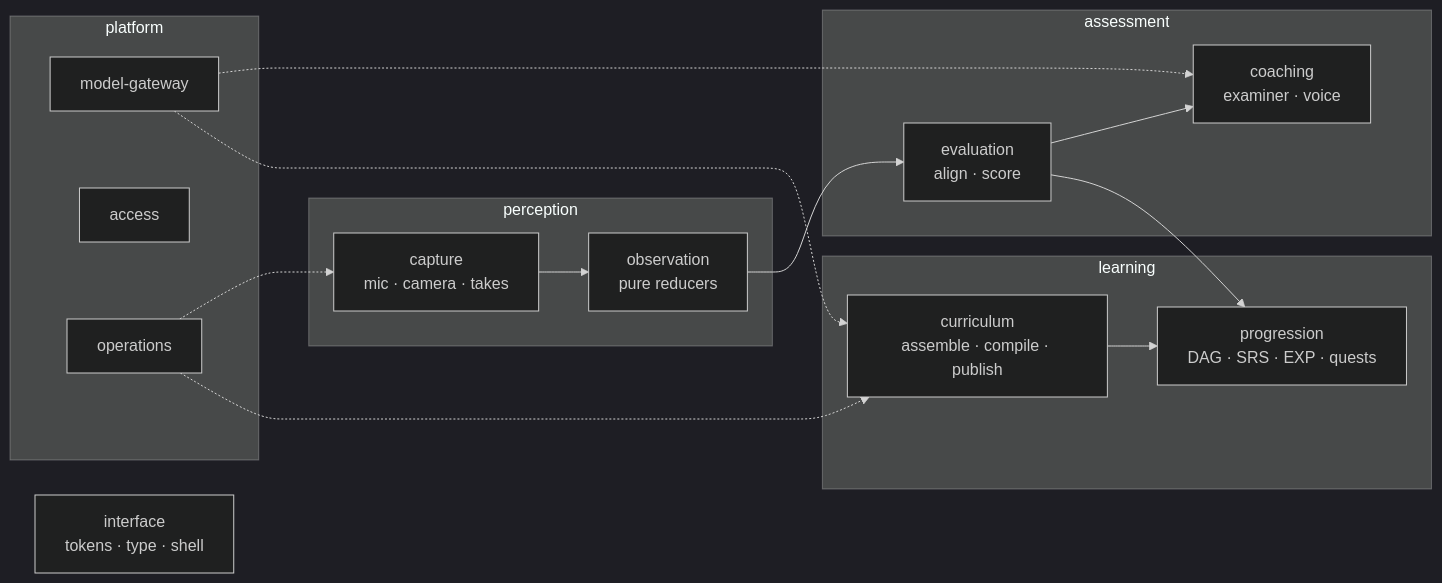
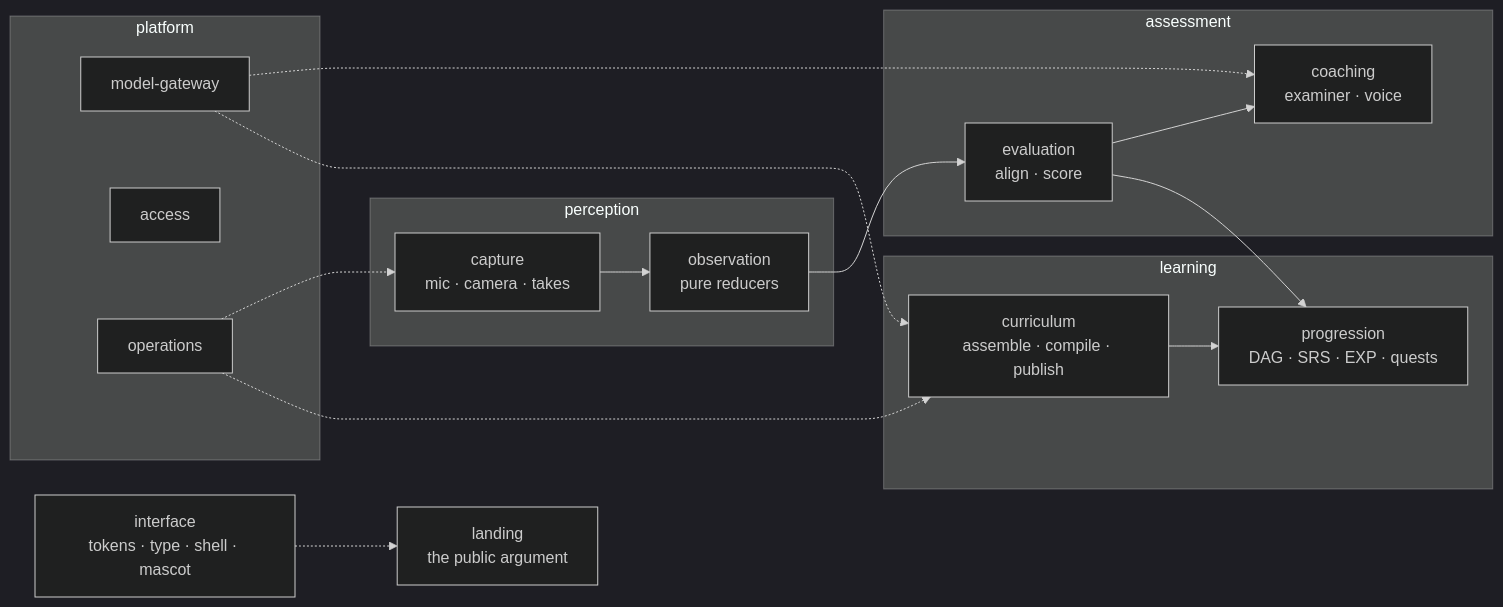
Before and after one commit to sai3000pro/ScaleUp: the diagram in docs/high-level-design.md, drawn with Mermaid (dark theme). The commit also changed other lines of this file and 47 other files, not shown here.

First line of the commit message:
Give the product a public face, and a mascot to carry it

````diff
--- a/docs/high-level-design.md
+++ b/docs/high-level-design.md
@@ -160,24 +166,26 @@
 ```mermaid
 flowchart LR
   subgraph perception
     CAP[capture<br/>mic · camera · takes] --> OBS[observation<br/>pure reducers]
   end
   subgraph assessment
     OBS --> EVAL[evaluation<br/>align · score]
     EVAL --> COACH[coaching<br/>examiner · voice]
   end
   subgraph learning
     EVAL --> PROG[progression<br/>DAG · SRS · EXP · quests]
     CURR[curriculum<br/>assemble · compile · publish] --> PROG
   end
   subgraph platform
     LLM[model-gateway]
     ACC[access]
     OPS[operations]
   end
-  UI[interface<br/>tokens · type · shell]
+  UI[interface<br/>tokens · type · shell · mascot]
+  LAND[landing<br/>the public argument]
   LLM -.-> COACH
   LLM -.-> CURR
   OPS -.-> CAP
   OPS -.-> CURR
+  UI -.-> LAND
 ```
````
